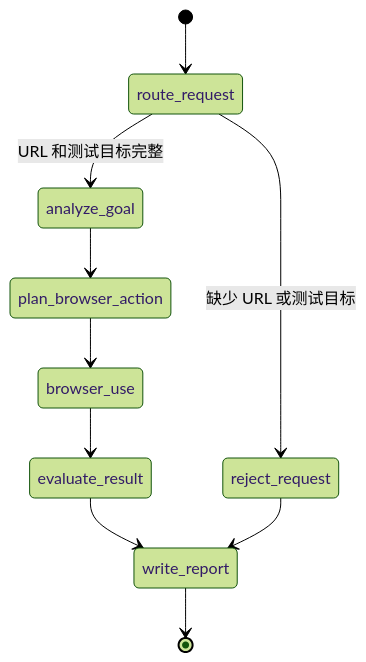
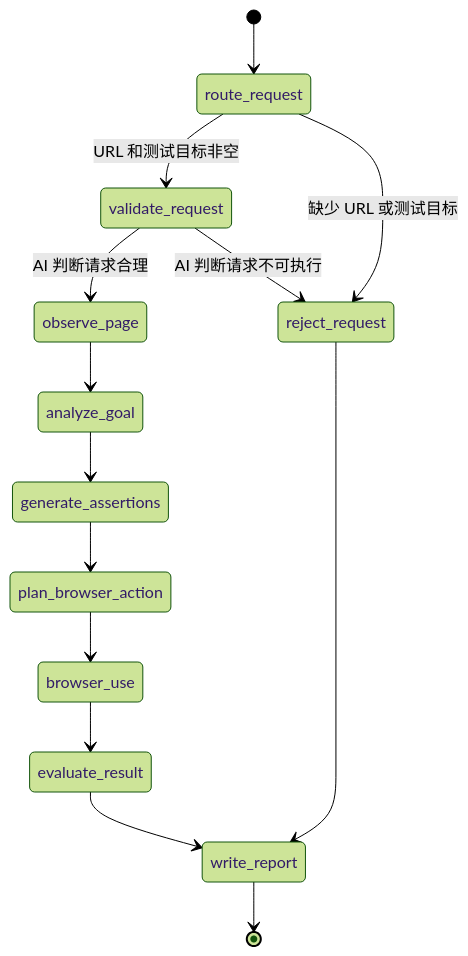
Before and after one commit to PGH11/agent-browser: the second of 3 diagrams in README.md, drawn with Mermaid (forest theme). The commit also changed other lines of this file and 16 other files, not shown here.

````diff
--- a/README.md
+++ b/README.md
@@ -166,15 +107,20 @@
 ```mermaid
 stateDiagram-v2
     [*] --> route_request
 
-    route_request --> analyze_goal: URL 和测试目标完整
+    route_request --> validate_request: URL 和测试目标非空
     route_request --> reject_request: 缺少 URL 或测试目标
 
-    analyze_goal --> plan_browser_action
+    validate_request --> observe_page: AI 判断请求合理
+    validate_request --> reject_request: AI 判断请求不可执行
+
+    observe_page --> analyze_goal
+    analyze_goal --> generate_assertions
+    generate_assertions --> plan_browser_action
     plan_browser_action --> browser_use
     browser_use --> evaluate_result
     evaluate_result --> write_report
     reject_request --> write_report
 
     write_report --> [*]
 ```
````
